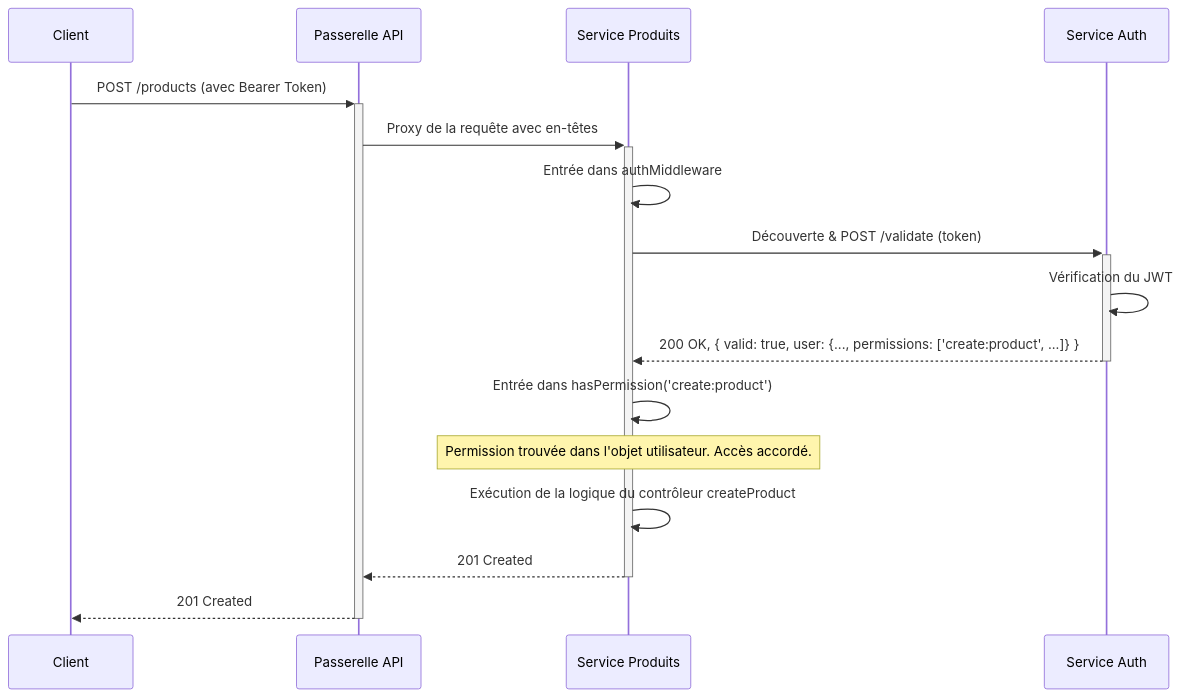
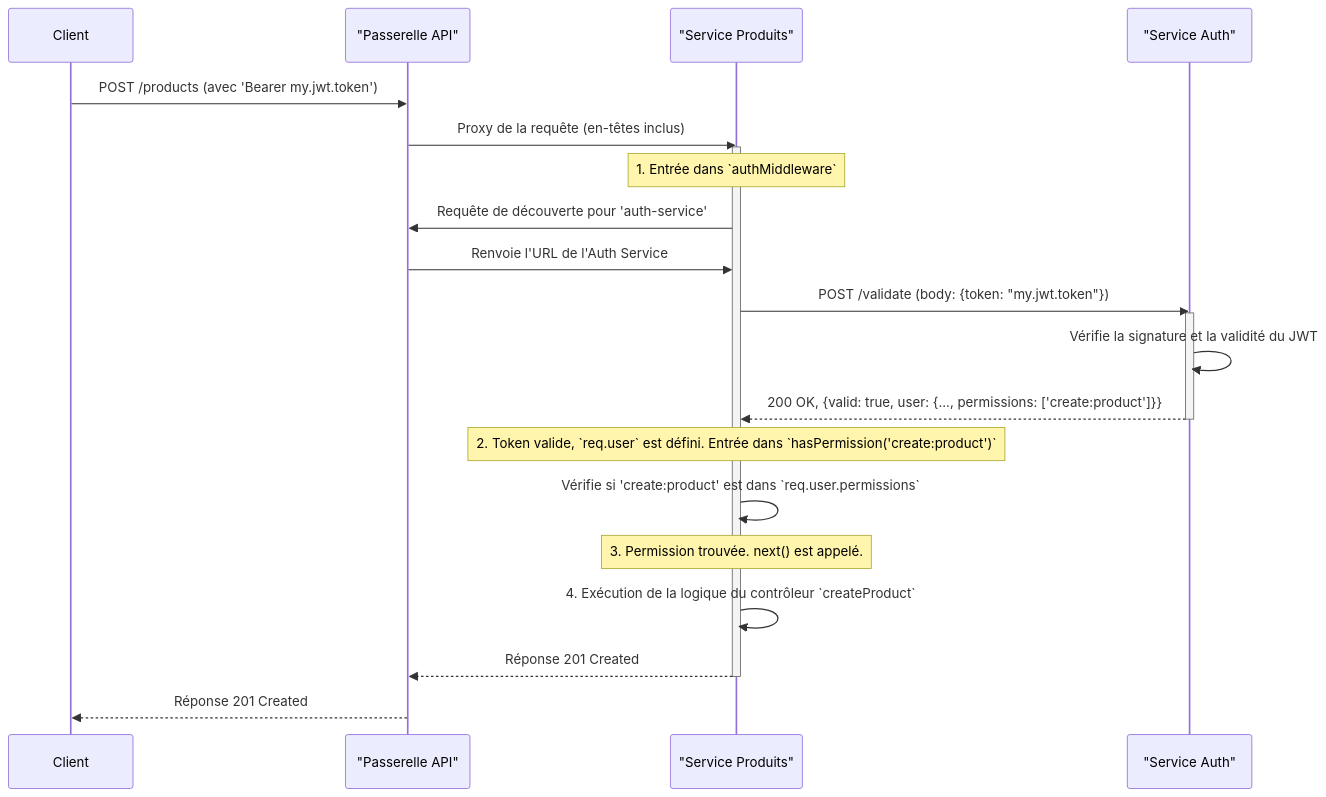
One commit to HarcheSamir/esisba-lirmm-ecommerce changed the fourth of 4 diagrams in MVP.md. Above: the diagram before and after it, drawn with Mermaid. The commit also changed other lines of this file, not shown here.

````diff
--- a/MVP.md
+++ b/MVP.md
@@ -462,19 +407,30 @@
 ```mermaid
 sequenceDiagram
     participant Client
-    participant APIGW as Passerelle API
-    participant ProductSvc as Service Produits
-    participant AuthSvc as Service Auth
+    participant APIGW as "Passerelle API"
+    participant ProductSvc as "Service Produits"
+    participant AuthSvc as "Service Auth"
 
-    Client->>+APIGW: POST /products (avec Bearer Token)
-    APIGW->>+ProductSvc: Proxy de la requête avec en-têtes
-    ProductSvc->>ProductSvc: Entrée dans authMiddleware
-    ProductSvc->>+AuthSvc: Découverte & POST /validate (token)
-    AuthSvc->>AuthSvc: Vérification du JWT
-    AuthSvc-->>-ProductSvc: 200 OK, { valid: true, user: {..., permissions: ['create:product', ...]} }
-    ProductSvc->>ProductSvc: Entrée dans hasPermission('create:product')
-    Note over ProductSvc: Permission trouvée dans l'objet utilisateur. Accès accordé.
-    ProductSvc->>ProductSvc: Exécution de la logique du contrôleur createProduct
-    ProductSvc-->>-APIGW: 201 Created
-    APIGW-->>-Client: 201 Created
+    Client ->> APIGW: POST /products (avec 'Bearer my.jwt.token')
+    APIGW ->> ProductSvc: Proxy de la requête (en-têtes inclus)
+    activate ProductSvc
+
+    Note over ProductSvc: 1. Entrée dans `authMiddleware`
+    ProductSvc ->> APIGW: Requête de découverte pour 'auth-service'
+    APIGW ->> ProductSvc: Renvoie l'URL de l'Auth Service
+
+    ProductSvc ->> AuthSvc: POST /validate (body: {token: "my.jwt.token"})
+    activate AuthSvc
+    AuthSvc ->> AuthSvc: Vérifie la signature et la validité du JWT
+    AuthSvc -->> ProductSvc: 200 OK, {valid: true, user: {..., permissions: ['create:product']}}
+    deactivate AuthSvc
+
+    Note over ProductSvc: 2. Token valide, `req.user` est défini. Entrée dans `hasPermission('create:product')`
+    ProductSvc ->> ProductSvc: Vérifie si 'create:product' est dans `req.user.permissions`
+    Note over ProductSvc: 3. Permission trouvée. next() est appelé.
+    ProductSvc ->> ProductSvc: 4. Exécution de la logique du contrôleur `createProduct`
+
+    ProductSvc -->> APIGW: Réponse 201 Created
+    deactivate ProductSvc
+    APIGW -->> Client: Réponse 201 Created
 ```
````
